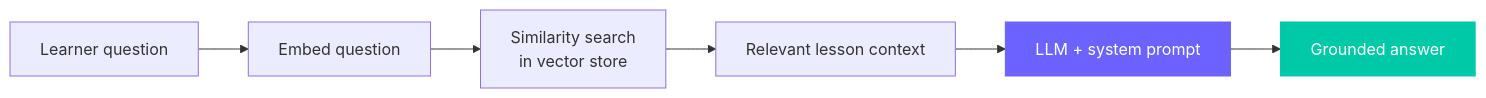
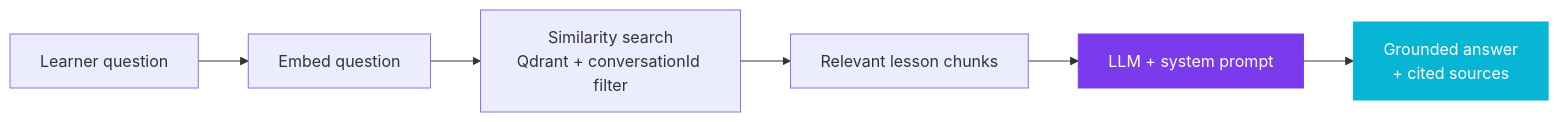
Before and after one commit to Ayoub717542/DevGuide_AI: the second of 3 diagrams in README.md, drawn with Mermaid. The commit also changed other lines of this file, not shown here.

````diff
--- a/README.md
+++ b/README.md
@@ -100,11 +139,11 @@
 ```mermaid
 flowchart LR
     Q["Learner question"] --> E["Embed question"]
-    E --> S["Similarity search<br/>in vector store"]
-    S --> C["Relevant lesson context"]
+    E --> S["Similarity search<br/>Qdrant + conversationId filter"]
+    S --> C["Relevant lesson chunks"]
     C --> L["LLM + system prompt"]
-    L --> A["Grounded answer"]
+    L --> A["Grounded answer<br/>+ cited sources"]
 
-    style A fill:#00C9A7,color:#fff,stroke:#00C9A7
-    style L fill:#6C63FF,color:#fff,stroke:#6C63FF
+    style A fill:#06B6D4,color:#fff,stroke:#06B6D4
+    style L fill:#7C3AED,color:#fff,stroke:#7C3AED
 ```
````
